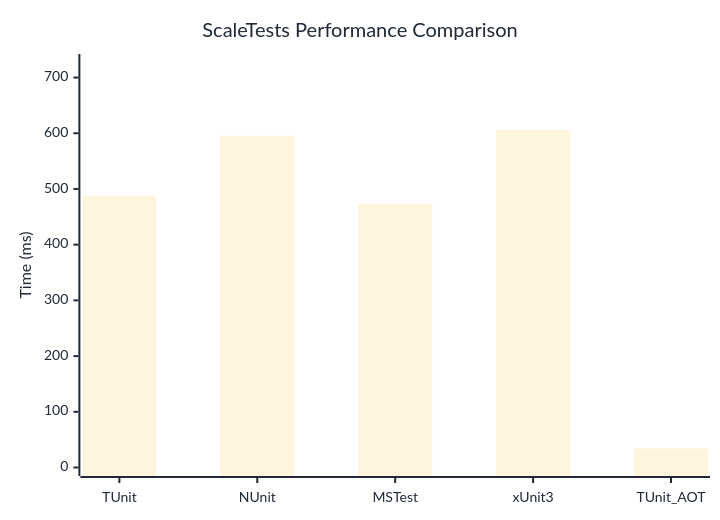
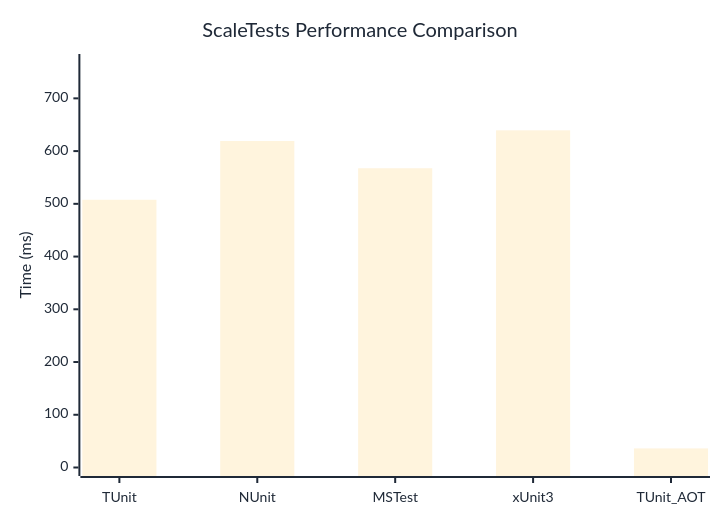
The diagram in docs/docs/benchmarks/ScaleTests.md (weiyilai/TUnit), drawn with Mermaid before and after one commit. The commit also changed other lines of this file and 17 other files, not shown here.

````diff
--- a/docs/docs/benchmarks/ScaleTests.md
+++ b/docs/docs/benchmarks/ScaleTests.md
@@ -27,37 +27,37 @@
 ```mermaid
 %%{init: {
   'theme':'base',
   'themeVariables': {
     'primaryColor': '#2563eb',
     'primaryTextColor': '#1f2937',
     'primaryBorderColor': '#1e40af',
     'lineColor': '#6b7280',
     'secondaryColor': '#7c3aed',
     'tertiaryColor': '#dc2626',
     'background': '#ffffff',
     'mainBkg': '#2563eb',
     'secondBkg': '#7c3aed',
     'tertiaryBkg': '#dc2626',
     'clusterBkg': '#f3f4f6',
     'edgeLabelBackground': '#ffffff',
     'tertiaryTextColor': '#1f2937',
     'pie1': '#2563eb',
     'pie2': '#7c3aed',
     'pie3': '#dc2626',
     'pie4': '#f59e0b',
     'pie5': '#10b981',
     'pie6': '#06b6d4',
     'pie7': '#ec4899',
     'pie8': '#6366f1',
     'pie9': '#84cc16',
     'pie10': '#f97316',
     'pie11': '#14b8a6',
     'pie12': '#a855f7'
   }
 }}%%
 xychart-beta
   title "ScaleTests Performance Comparison"
   x-axis ["TUnit", "NUnit", "MSTest", "xUnit3", "TUnit_AOT"]
-  y-axis "Time (ms)" 0 --> 727
-  bar [487.08, 595.78, 473.72, 605.72, 34.1]
+  y-axis "Time (ms)" 0 --> 768
+  bar [507.7, 619.16, 567.47, 639.38, 36.19]
 ```
````
